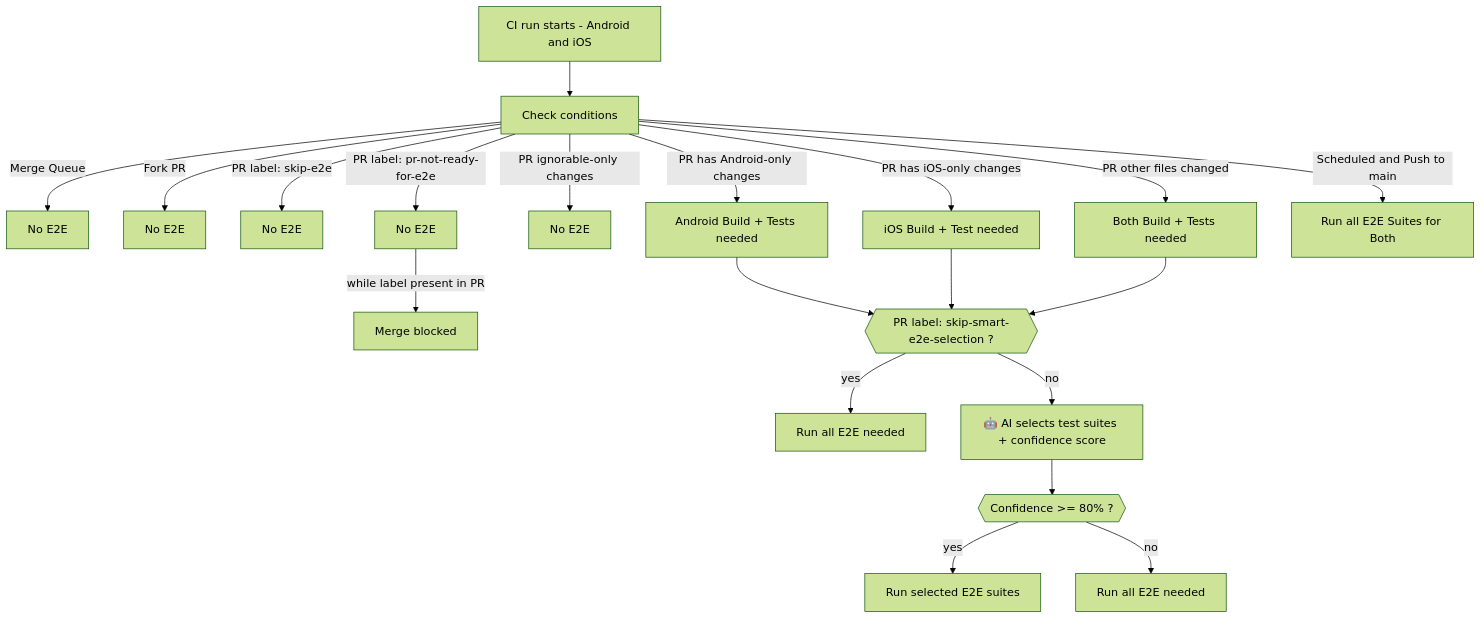
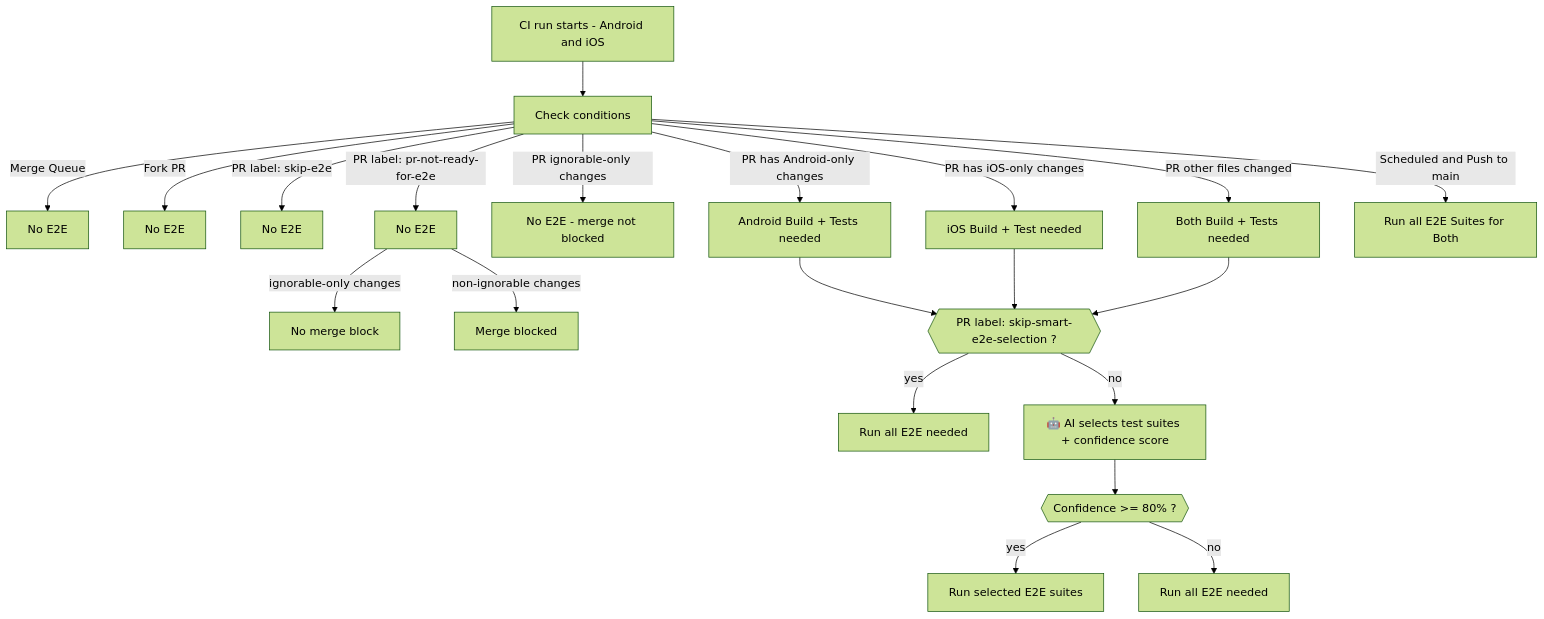
The diagram in .github/guidelines/E2E_DECISION_TREE.md (MetaMask/metamask-mobile), drawn with Mermaid (forest theme) before and after one commit. The commit also changed other lines of this file and 2 other files, not shown here.

Commit message:
ci: add automated E2E readiness label and CI checks

````diff
--- a/.github/guidelines/E2E_DECISION_TREE.md
+++ b/.github/guidelines/E2E_DECISION_TREE.md
@@ -5,21 +5,22 @@
 ```mermaid
 flowchart TD
     CI[CI run starts - Android and iOS] --> GR[Check conditions]
     GR -->|Merge Queue | MQ[No E2E]
     GR -->|Fork PR| FK[No E2E]
     GR -->|PR label: skip-e2e| HS[No E2E]
     GR -->|PR label: pr-not-ready-for-e2e| L2[No E2E]
-    L2 -->|while label present in PR| Skip2[Merge blocked]
-    GR -->|PR ignorable-only changes| Ignorable[No E2E]
+    L2 -->|ignorable-only changes| NoBlock[No merge block]
+    L2 -->|non-ignorable changes| Skip2[Merge blocked]
+    GR -->|PR ignorable-only changes| Ignorable[No E2E - merge not blocked]
     GR -->|PR has Android-only changes| Android[Android Build + Tests needed]
     GR -->|PR has iOS-only changes| iOS[iOS Build + Test needed]
     GR -->|PR other files changed| Both[Both Build + Tests needed]
     GR -->|Scheduled and Push to main | Full[Run all E2E Suites for Both]
 
     Android & iOS & Both --> LABEL{{PR label: skip-smart-e2e-selection ?}}
     LABEL -->|yes| AllTags[Run all E2E needed]
     LABEL -->|no| AI[🤖 AI selects test suites + confidence score]
     AI --> CONF{{Confidence >= 80% ?}}
     CONF -->|yes| SelectedTags[Run selected E2E suites]
     CONF -->|no| AllTagsFallback[Run all E2E needed]
 ```
````
